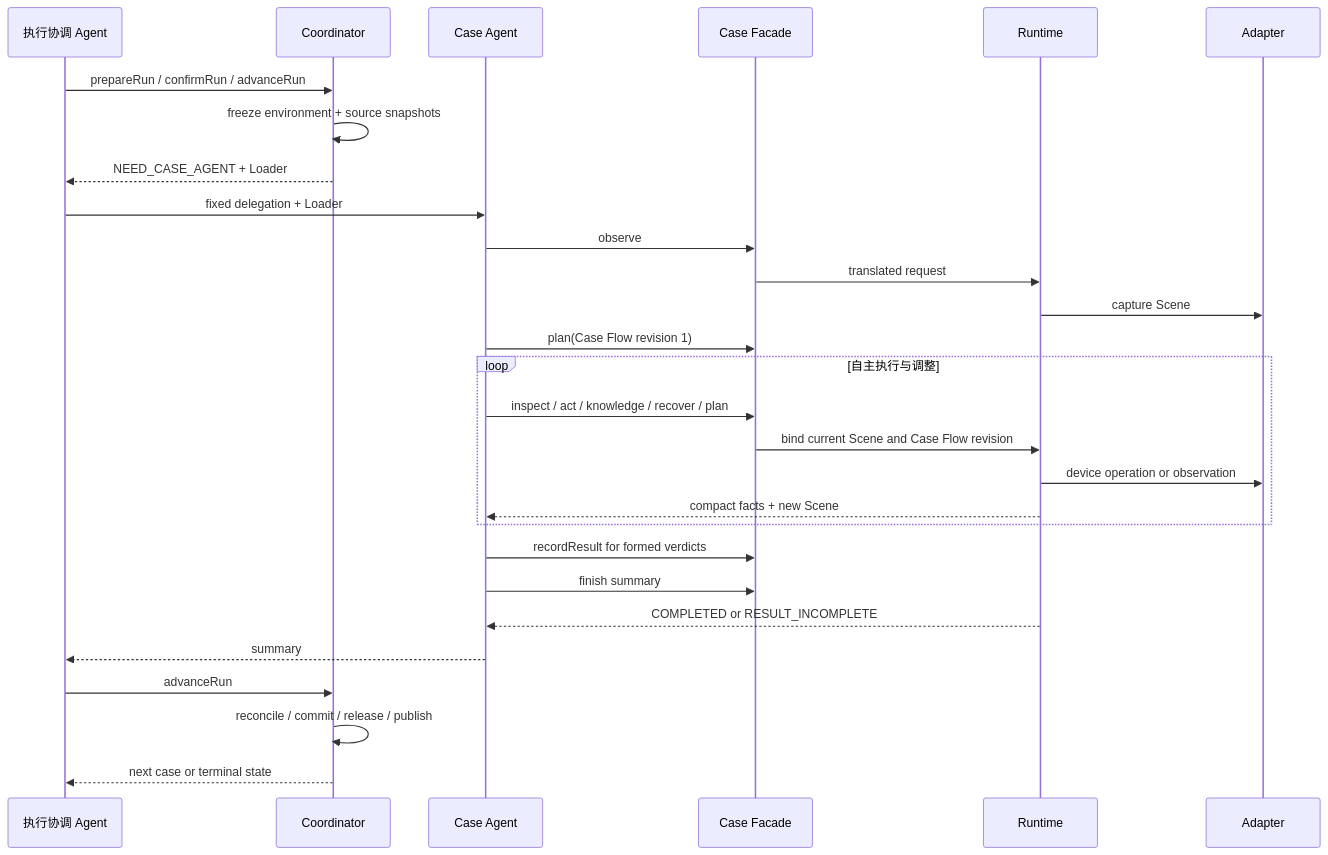
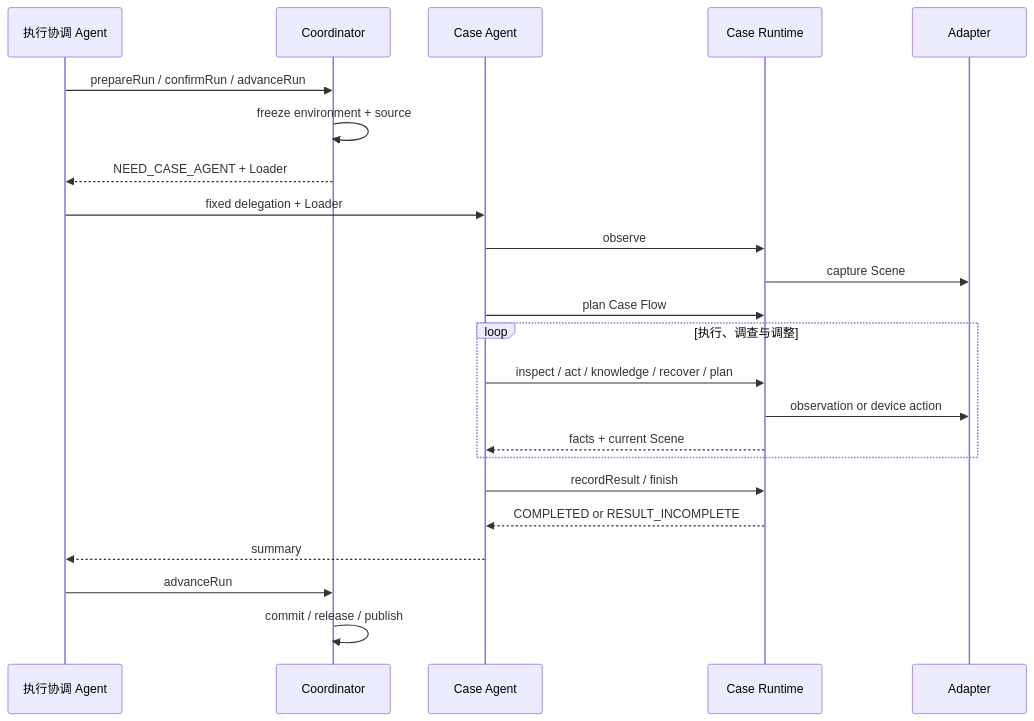
One commit to lianghuihui-plus/DevKit changed the second of 2 diagrams in skills/mobile-ai-visual-test/docs/architecture.md. Above: the diagram before and after it, drawn with Mermaid. The commit also changed other lines of this file and 118 other files, not shown here.

````diff
--- a/skills/mobile-ai-visual-test/docs/architecture.md
+++ b/skills/mobile-ai-visual-test/docs/architecture.md
@@ -86,31 +68,26 @@
 ```mermaid
 sequenceDiagram
   participant M as 执行协调 Agent
   participant C as Coordinator
   participant A as Case Agent
-  participant F as Case Facade
-  participant R as Runtime
+  participant R as Case Runtime
   participant D as Adapter
 
   M->>C: prepareRun / confirmRun / advanceRun
-  C->>C: freeze environment + source snapshots
+  C->>C: freeze environment + source
   C-->>M: NEED_CASE_AGENT + Loader
   M->>A: fixed delegation + Loader
-  A->>F: observe
-  F->>R: translated request
+  A->>R: observe
   R->>D: capture Scene
-  A->>F: plan(Case Flow revision 1)
-  loop 自主执行与调整
-    A->>F: inspect / act / knowledge / recover / plan
-    F->>R: bind current Scene and Case Flow revision
-    R->>D: device operation or observation
-    R-->>A: compact facts + new Scene
+  A->>R: plan Case Flow
+  loop 执行、调查与调整
+    A->>R: inspect / act / knowledge / recover / plan
+    R->>D: observation or device action
+    R-->>A: facts + current Scene
   end
-  A->>F: recordResult for formed verdicts
-  A->>F: finish summary
+  A->>R: recordResult / finish
   R-->>A: COMPLETED or RESULT_INCOMPLETE
   A-->>M: summary
   M->>C: advanceRun
-  C->>C: reconcile / commit / release / publish
-  C-->>M: next case or terminal state
+  C->>C: commit / release / publish
 ```
````
